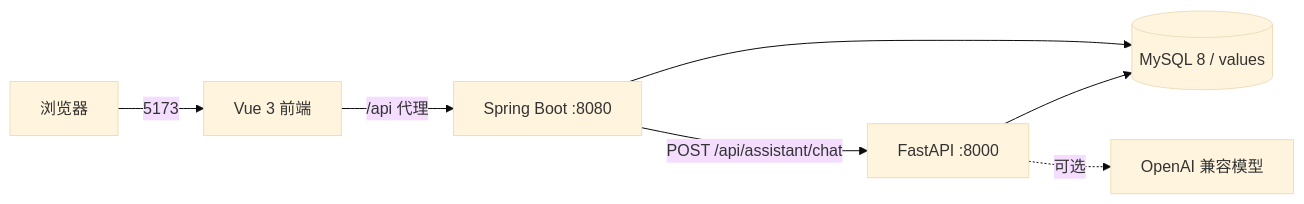
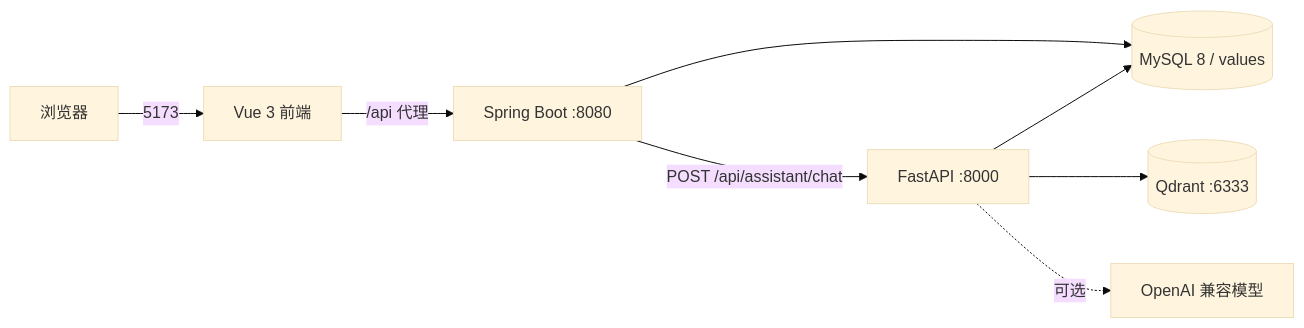
One commit to FMS-CODER/values changed the diagram in README.md. Above: the diagram before and after it, drawn with Mermaid (base theme). The commit also changed other lines of this file and 66 other files, not shown here.

````diff
--- a/README.md
+++ b/README.md
@@ -26,9 +28,10 @@
 ```mermaid
 flowchart LR
     Browser[浏览器] -->|5173| Vue[Vue 3 前端]
     Vue -->|/api 代理| Java[Spring Boot :8080]
     Java --> MySQL[(MySQL 8 / values)]
     Java -->|POST /api/assistant/chat| Python[FastAPI :8000]
     Python --> MySQL
+    Python --> Qdrant[(Qdrant :6333)]
     Python -.可选.-> LLM[OpenAI 兼容模型]
 ```
````
